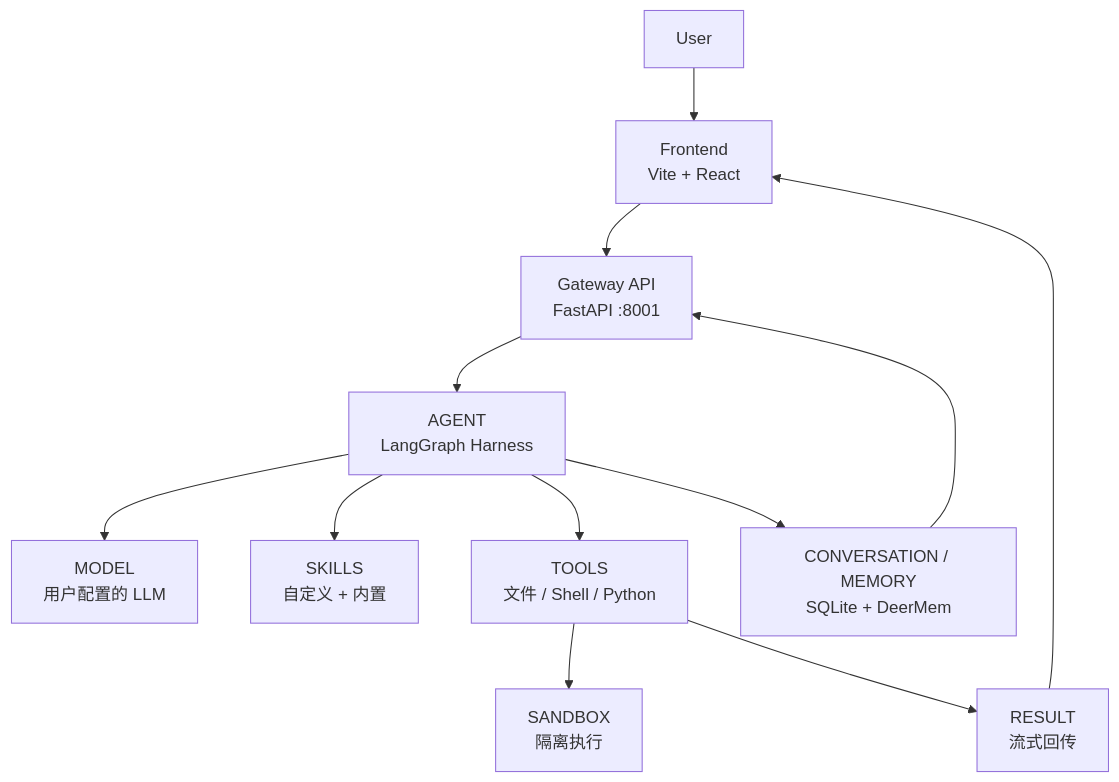
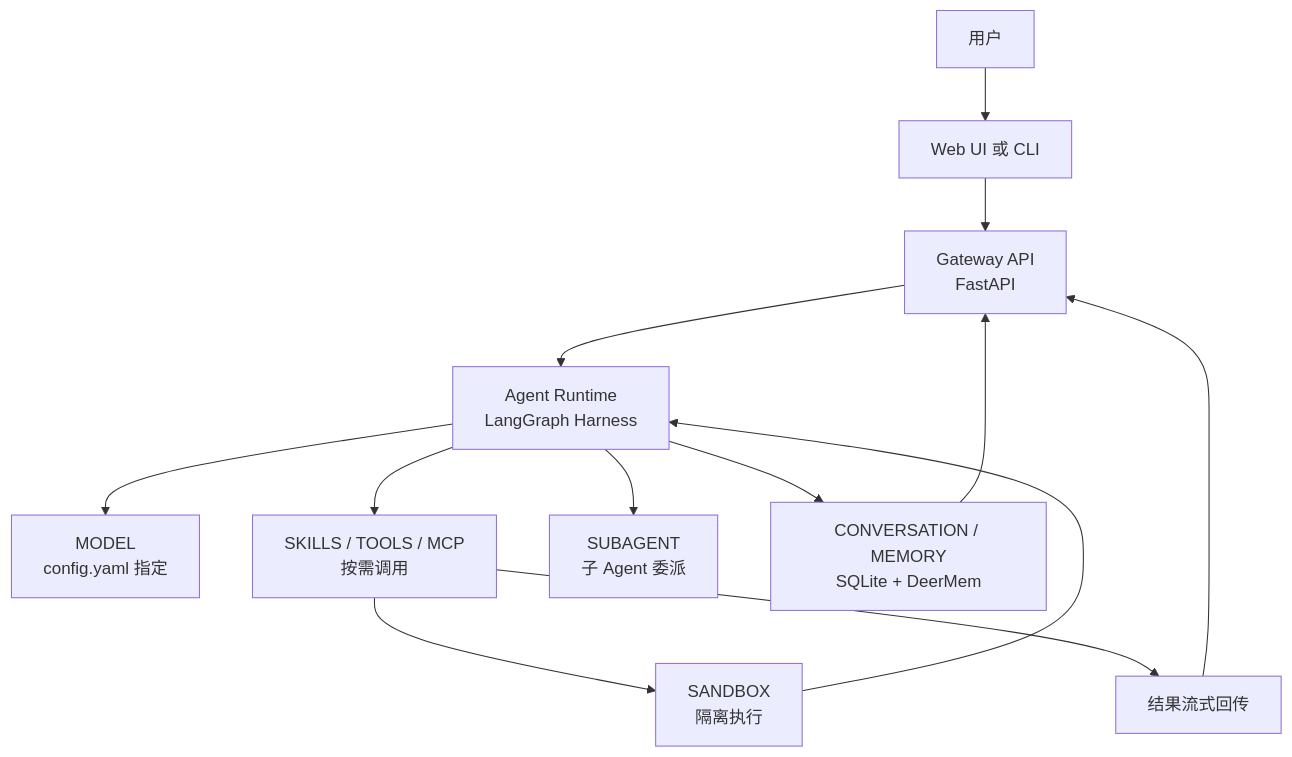
Before and after one commit to yz-wuming/WorkGuide: the first of 2 diagrams in README.md, drawn with Mermaid. The commit also changed other lines of this file, not shown here.

````diff
--- a/README.md
+++ b/README.md
@@ -29,14 +29,15 @@
 ```mermaid
 flowchart TD
-    U[User] --> F[Frontend<br/>Vite + React]
-    F --> G[Gateway API<br/>FastAPI :8001]
-    G --> A[AGENT<br/>LangGraph Harness]
-    A --> M[MODEL<br/>用户配置的 LLM]
-    A --> S[SKILLS<br/>自定义 + 内置]
-    A --> T[TOOLS<br/>文件 / Shell / Python]
-    T --> SB[SANDBOX<br/>隔离执行]
-    T --> R[RESULT<br/>流式回传]
-    R --> F
+    U[用户] --> W[Web UI 或 CLI]
+    W --> G[Gateway API<br/>FastAPI]
+    G --> A[Agent Runtime<br/>LangGraph Harness]
+    A --> M[MODEL<br/>config.yaml 指定]
+    A --> S[SKILLS / TOOLS / MCP<br/>按需调用]
+    A --> SB[SUBAGENT<br/>子 Agent 委派]
+    S --> SNB[SANDBOX<br/>隔离执行]
+    SNB --> A
+    S --> R[结果流式回传]
+    R --> G
     A --> CT[CONVERSATION / MEMORY<br/>SQLite + DeerMem]
     CT --> G
 ```
````
